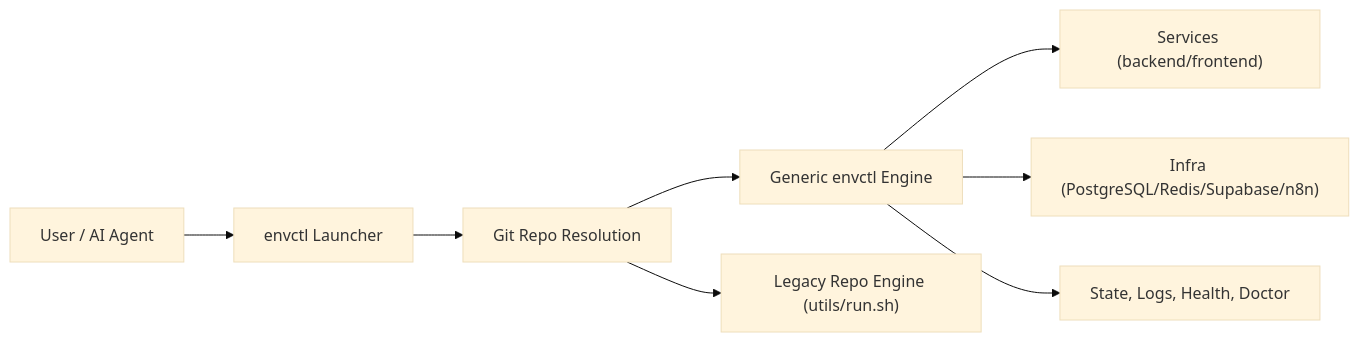
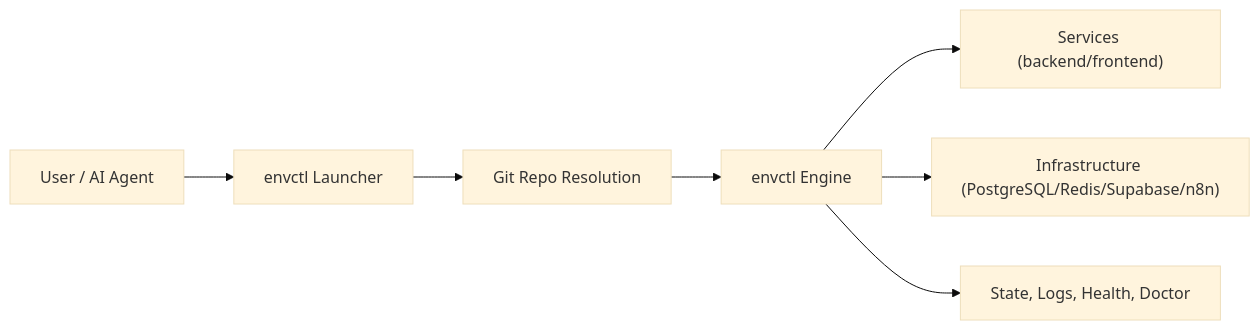
One commit to kfiramar/envctl changed the diagram in README.md. Above: the diagram before and after it, drawn with Mermaid (base theme). The commit also changed other lines of this file, not shown here.

````diff
--- a/README.md
+++ b/README.md
@@ -60,10 +123,9 @@
 ```mermaid
 flowchart LR
   A["User / AI Agent"] --> B["envctl Launcher"]
   B --> C["Git Repo Resolution"]
-  C --> D["Generic envctl Engine"]
-  C --> E["Legacy Repo Engine (utils/run.sh)"]
-  D --> F["Services (backend/frontend)"]
-  D --> G["Infra (PostgreSQL/Redis/Supabase/n8n)"]
-  D --> H["State, Logs, Health, Doctor"]
+  C --> D["envctl Engine"]
+  D --> E["Services (backend/frontend)"]
+  D --> F["Infrastructure (PostgreSQL/Redis/Supabase/n8n)"]
+  D --> G["State, Logs, Health, Doctor"]
 ```
````
